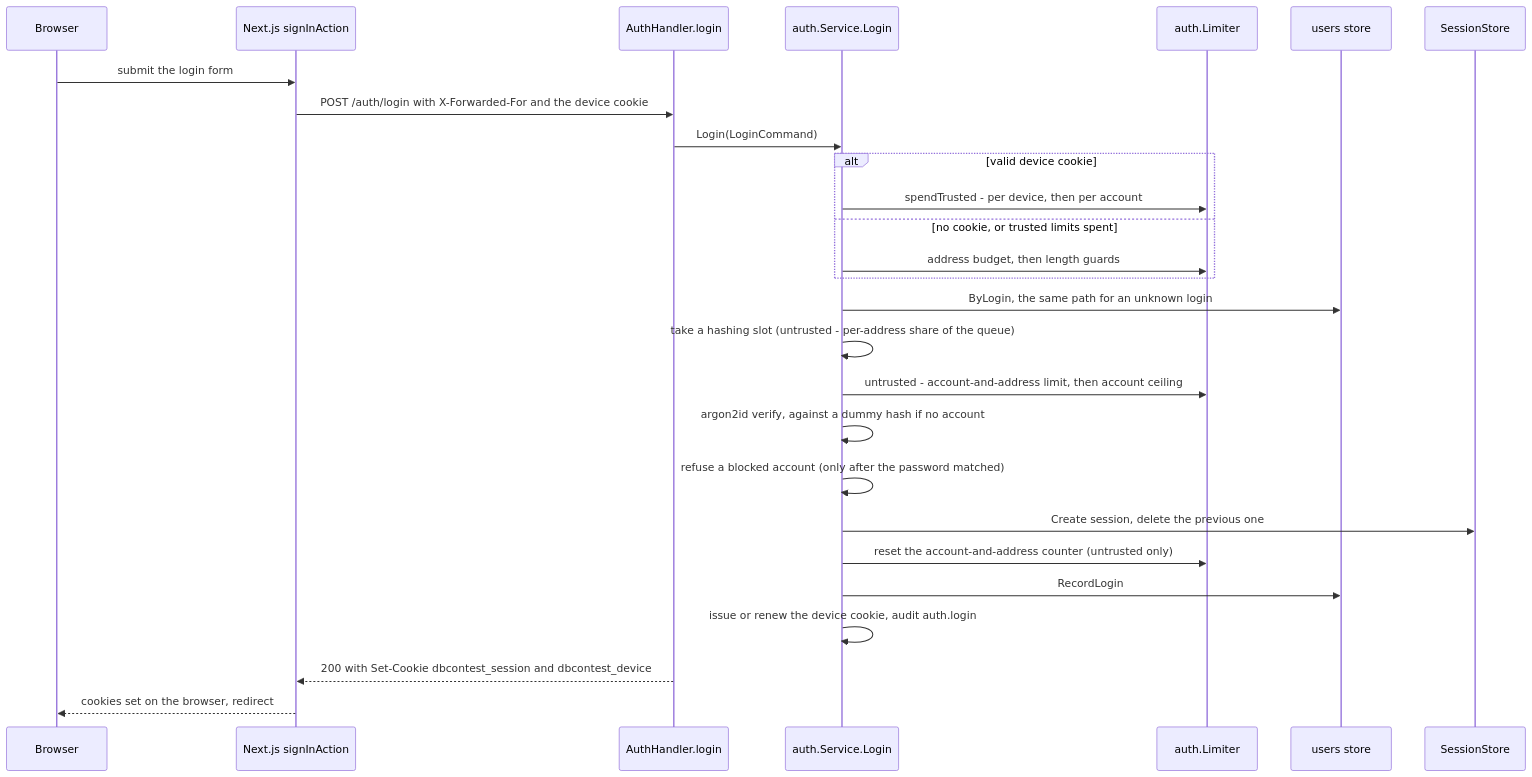
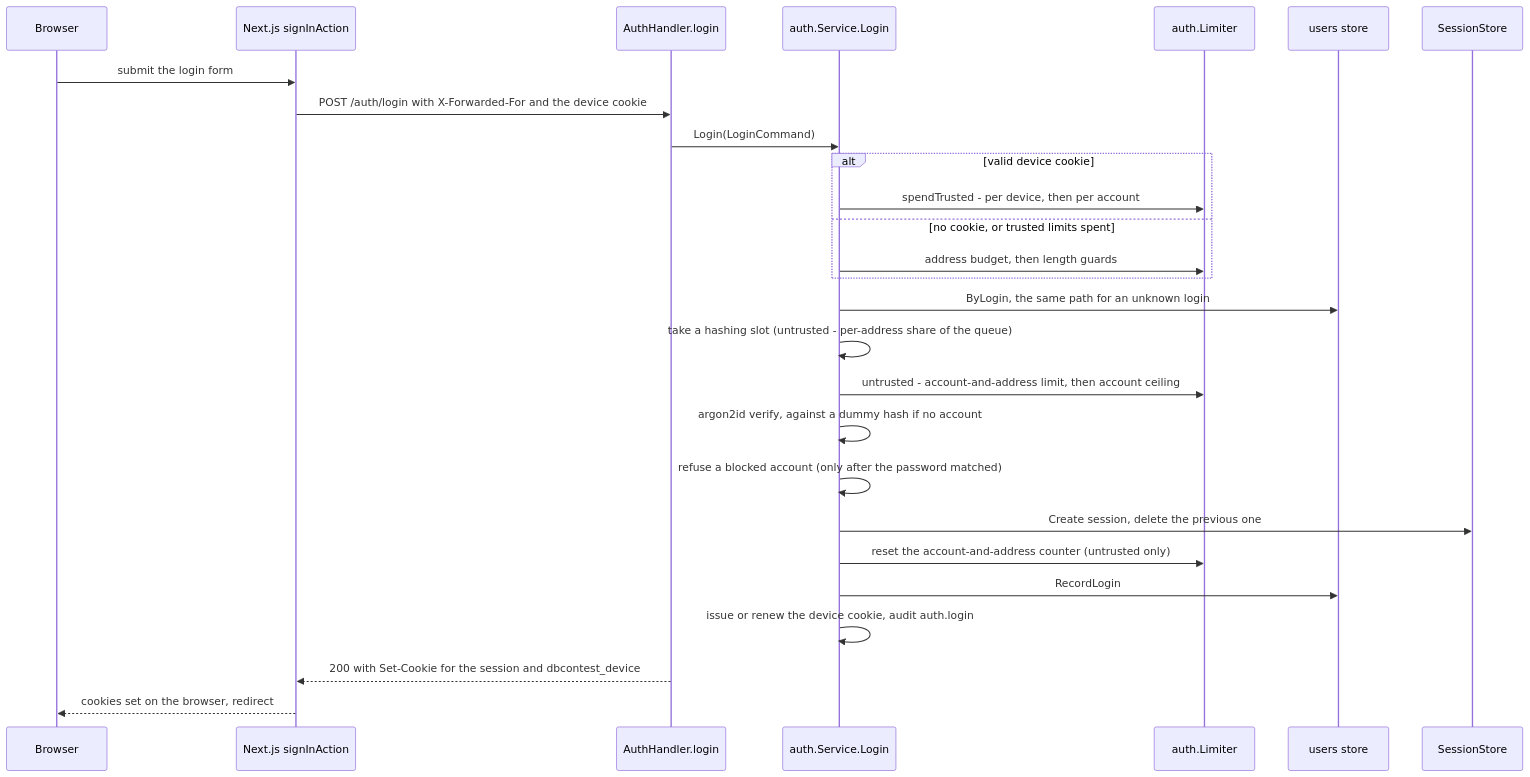
One commit to devrdn/olymp-db-platform changed the second of 14 diagrams in docs/guide/03-flows.md. Above: the diagram before and after it, drawn with Mermaid. The commit also changed other lines of this file and 32 other files, not shown here.

First line of the commit message:
fix(auth): bind the session cookie to this host and refuse a doubled one

````diff
--- a/docs/guide/03-flows.md
+++ b/docs/guide/03-flows.md
@@ -113,30 +115,30 @@
 ```mermaid
 sequenceDiagram
     participant B as Browser
     participant W as Next.js signInAction
     participant H as AuthHandler.login
     participant S as auth.Service.Login
     participant L as auth.Limiter
     participant U as users store
     participant K as SessionStore
 
     B->>W: submit the login form
     W->>H: POST /auth/login with X-Forwarded-For and the device cookie
     H->>S: Login(LoginCommand)
     alt valid device cookie
         S->>L: spendTrusted - per device, then per account
     else no cookie, or trusted limits spent
         S->>L: address budget, then length guards
     end
     S->>U: ByLogin, the same path for an unknown login
     S->>S: take a hashing slot (untrusted - per-address share of the queue)
     S->>L: untrusted - account-and-address limit, then account ceiling
     S->>S: argon2id verify, against a dummy hash if no account
     S->>S: refuse a blocked account (only after the password matched)
     S->>K: Create session, delete the previous one
     S->>L: reset the account-and-address counter (untrusted only)
     S->>U: RecordLogin
     S->>S: issue or renew the device cookie, audit auth.login
-    H-->>W: 200 with Set-Cookie dbcontest_session and dbcontest_device
+    H-->>W: 200 with Set-Cookie for the session and dbcontest_device
     W-->>B: cookies set on the browser, redirect
 ```
````
